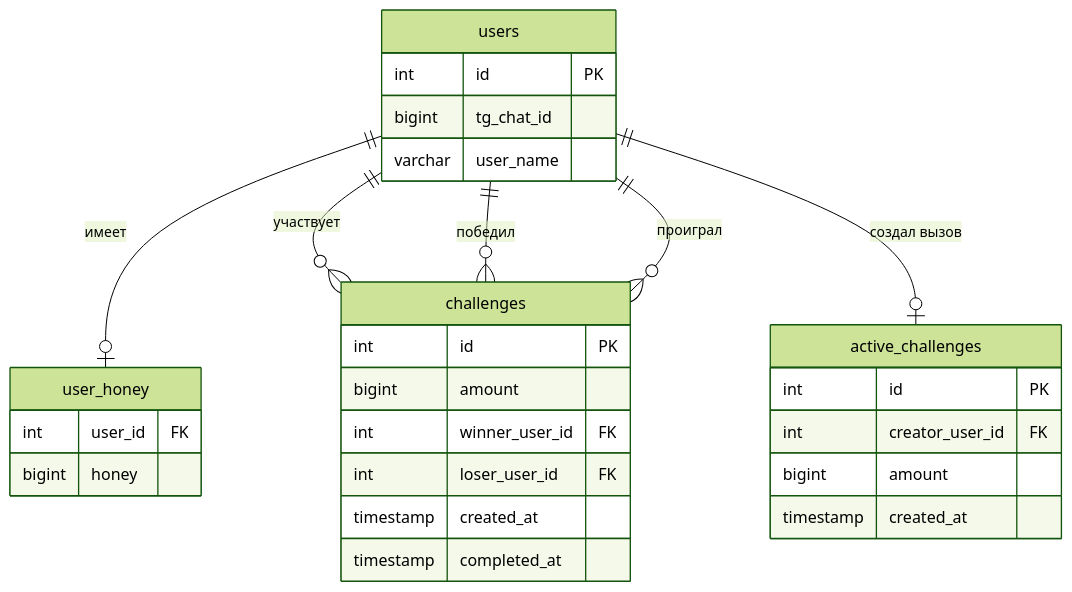
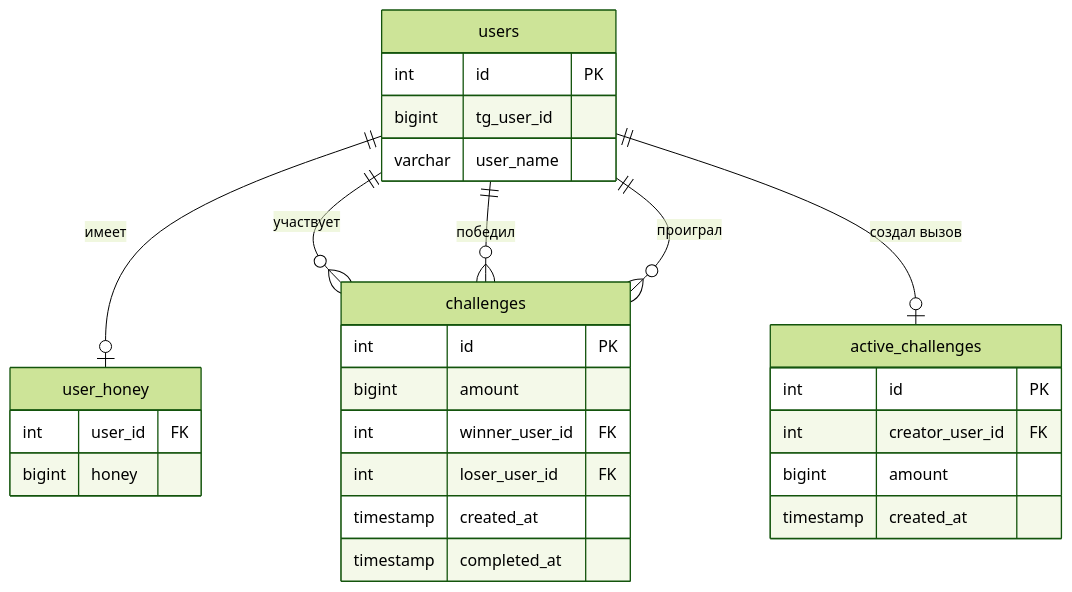
One commit to toxagpark/HoneyGame changed the diagram in docs/database_schema.md. Above: the diagram before and after it, drawn with Mermaid (forest theme). The commit also changed other lines of this file and 31 other files, not shown here.

````diff
--- a/docs/database_schema.md
+++ b/docs/database_schema.md
@@ -9,35 +9,35 @@
 ```mermaid
 erDiagram
     users ||--o| user_honey : "имеет"
     users ||--o{ challenges : "участвует"
     users ||--o{ challenges : "победил"
     users ||--o{ challenges : "проиграл"
     users ||--o| active_challenges : "создал вызов"
 
     users {
         int id PK
-        bigint tg_chat_id
+        bigint tg_user_id
         varchar user_name
     }
 
     user_honey {
         int user_id FK
         bigint honey
     }
 
     challenges {
         int id PK
         bigint amount
         int winner_user_id FK
         int loser_user_id FK
         timestamp created_at
         timestamp completed_at
     }
 
     active_challenges {
         int id PK
         int creator_user_id FK
         bigint amount
         timestamp created_at
     }
 ```
````
